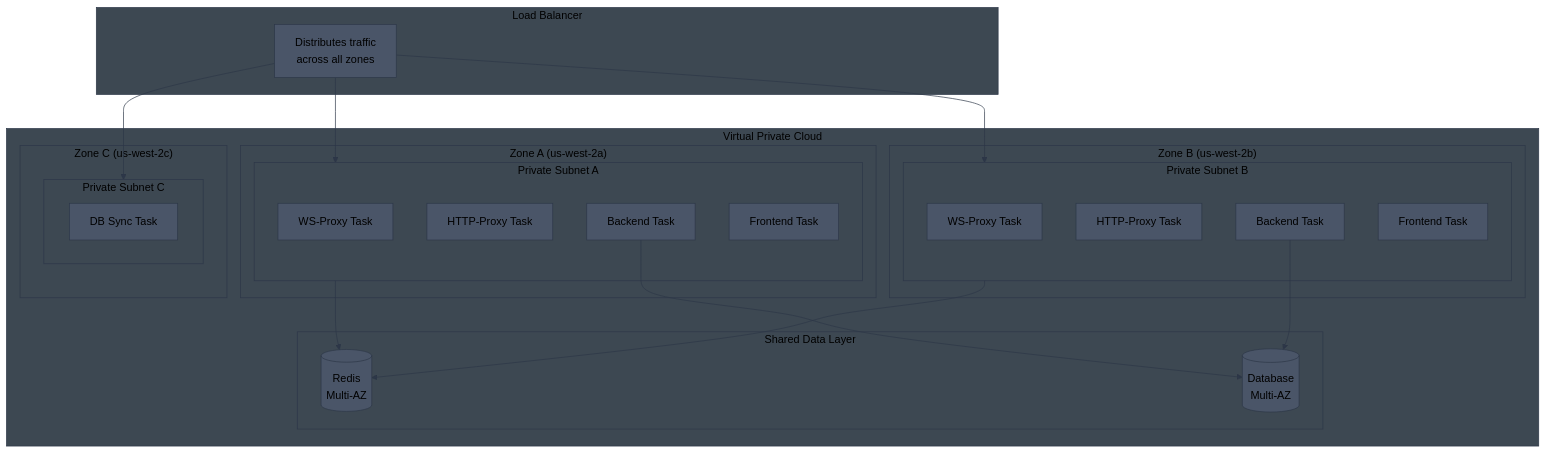
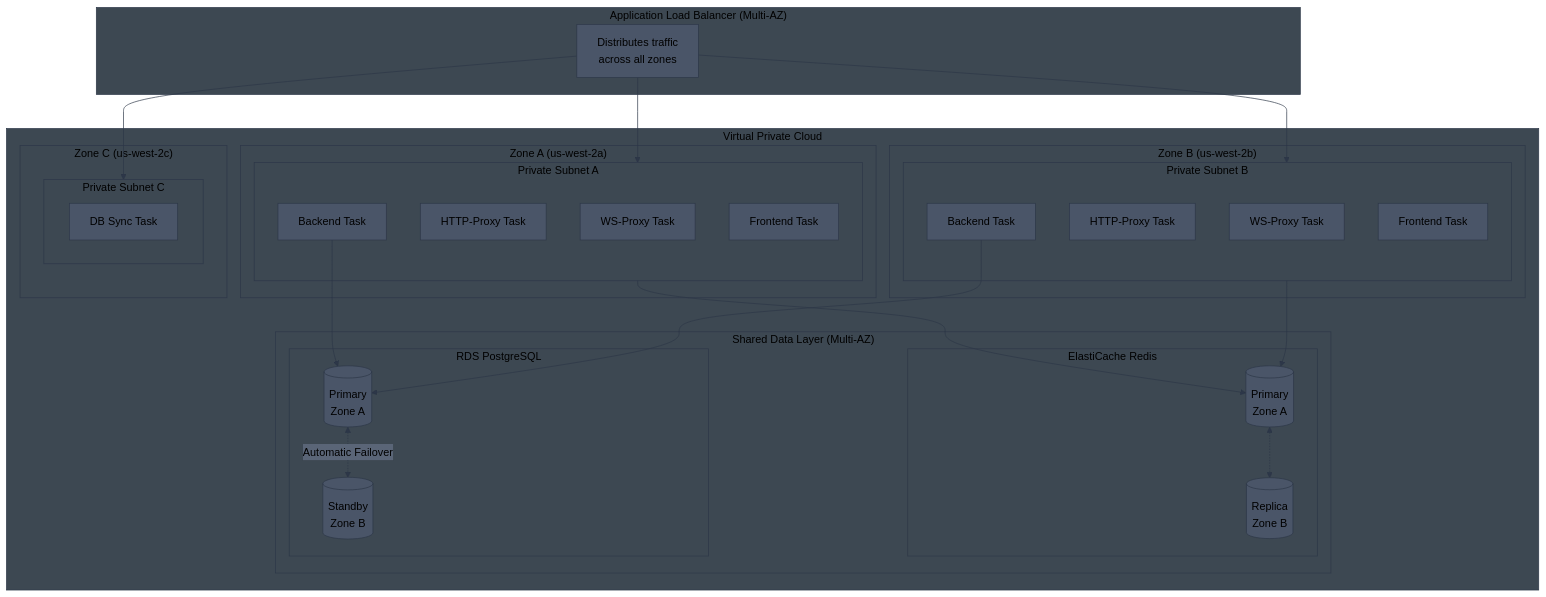
The fourth of 10 diagrams in diagrams/ecs-architecture.md (aldea-ai/infrastructure-docs), drawn with Mermaid before and after one commit. The commit also changed other lines of this file, not shown here.

Commit message:
Add Multi-AZ architecture diagrams showing subnet layout and prod vs dev differences

````diff
--- a/diagrams/ecs-architecture.md
+++ b/diagrams/ecs-architecture.md
@@ -85,42 +152,50 @@
 ```mermaid
 %%{init: {'theme': 'base', 'themeVariables': { 'primaryColor': '#4a5568', 'primaryTextColor': '#000', 'primaryBorderColor': '#2d3748', 'lineColor': '#2d3748', 'secondaryColor': '#5a6577', 'tertiaryColor': '#6b7280', 'background': '#1a202c', 'mainBkg': '#4a5568', 'secondBkg': '#5a6577', 'clusterBkg': '#3d4852', 'clusterBorder': '#2d3748', 'titleColor': '#000'}}}%%
 flowchart TB
-    subgraph ALB["Load Balancer"]
+    subgraph ALB["Application Load Balancer (Multi-AZ)"]
         LB[Distributes traffic<br/>across all zones]
     end
 
     subgraph VPC["Virtual Private Cloud"]
         subgraph AZ_A["Zone A (us-west-2a)"]
             subgraph SubA["Private Subnet A"]
                 WS_A[WS-Proxy Task]
                 HTTP_A[HTTP-Proxy Task]
                 BE_A[Backend Task]
                 FE_A[Frontend Task]
             end
         end
 
         subgraph AZ_B["Zone B (us-west-2b)"]
             subgraph SubB["Private Subnet B"]
                 WS_B[WS-Proxy Task]
                 HTTP_B[HTTP-Proxy Task]
                 BE_B[Backend Task]
                 FE_B[Frontend Task]
             end
         end
 
         subgraph AZ_C["Zone C (us-west-2c)"]
             subgraph SubC["Private Subnet C"]
                 SQS_C[DB Sync Task]
             end
         end
 
-        subgraph Data["Shared Data Layer"]
-            REDIS[(Redis<br/>Multi-AZ)]
-            RDS[(Database<br/>Multi-AZ)]
+        subgraph Data["Shared Data Layer (Multi-AZ)"]
+            subgraph RedisCluster["ElastiCache Redis"]
+                REDIS_P[(Primary<br/>Zone A)]
+                REDIS_R[(Replica<br/>Zone B)]
+            end
+            subgraph RDSCluster["RDS PostgreSQL"]
+                RDS_P[(Primary<br/>Zone A)]
+                RDS_S[(Standby<br/>Zone B)]
+            end
         end
     end
 
     LB --> SubA & SubB & SubC
-    SubA & SubB --> REDIS
-    BE_A & BE_B --> RDS
+    SubA & SubB --> REDIS_P
+    REDIS_P <-.-> REDIS_R
+    BE_A & BE_B --> RDS_P
+    RDS_P <-.->|Automatic Failover| RDS_S
 ```
````
